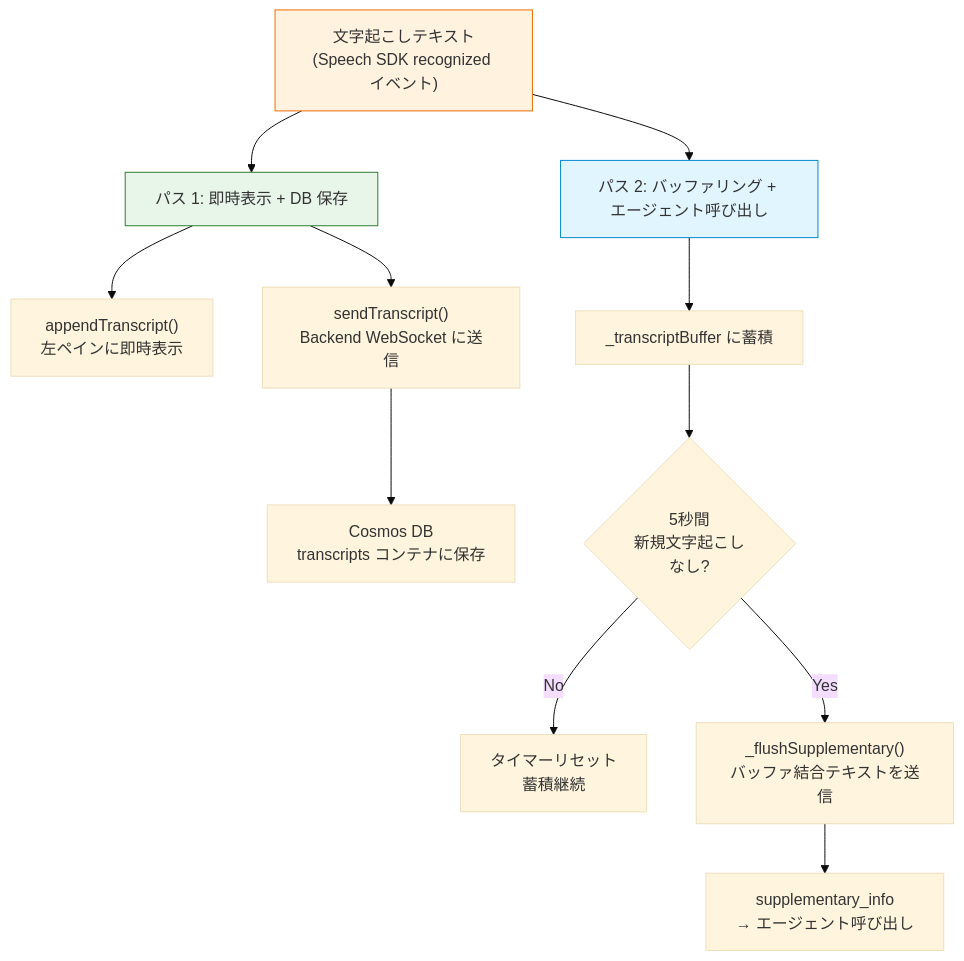
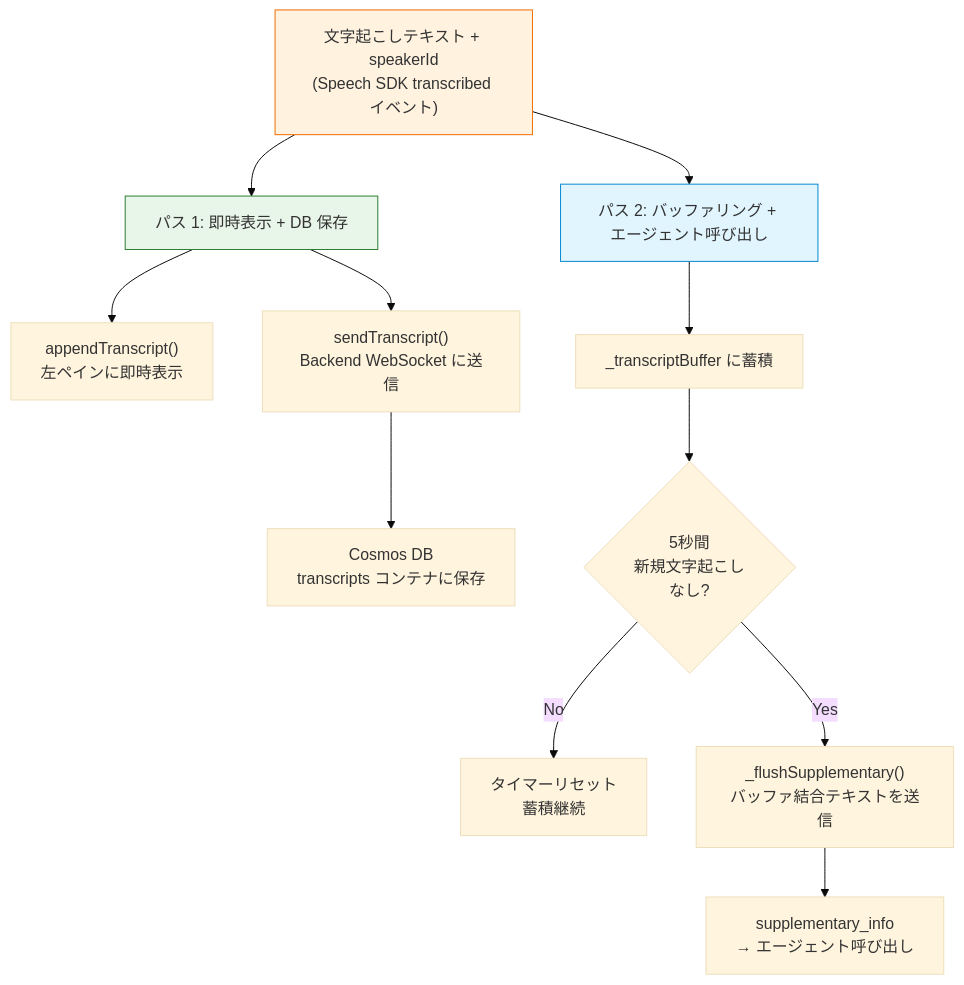
Before and after one commit to hatasaki/Interview-Assistant-AI: diagram 16 of 22 in spec/architecture.md, drawn with Mermaid (base theme). The commit also changed other lines of this file and 10 other files, not shown here.

````diff
--- a/spec/architecture.md
+++ b/spec/architecture.md
@@ -743,21 +778,21 @@
 ```mermaid
 flowchart TD
-    TRANSCRIPT["文字起こしテキスト<br/>(Speech SDK recognized イベント)"]
+    TRANSCRIPT["文字起こしテキスト + speakerId<br/>(Speech SDK transcribed イベント)"]
 
     TRANSCRIPT --> PATH1["パス 1: 即時表示 + DB 保存"]
     TRANSCRIPT --> PATH2["パス 2: バッファリング + エージェント呼び出し"]
 
     PATH1 --> UI["appendTranscript()<br/>左ペインに即時表示"]
     PATH1 --> WS_SEND["sendTranscript()<br/>Backend WebSocket に送信"]
     WS_SEND --> DB_SAVE["Cosmos DB<br/>transcripts コンテナに保存"]
 
     PATH2 --> BUF["_transcriptBuffer に蓄積"]
     BUF --> TIMER{"5秒間<br/>新規文字起こし<br/>なし?"}
     TIMER -->|No| BUF_WAIT["タイマーリセット<br/>蓄積継続"]
     TIMER -->|Yes| FLUSH["_flushSupplementary()<br/>バッファ結合テキストを送信"]
     FLUSH --> AGENT["supplementary_info<br/>→ エージェント呼び出し"]
 
     style TRANSCRIPT fill:#fff3e0,stroke:#ef6c00
     style PATH1 fill:#e8f5e9,stroke:#2e7d32
     style PATH2 fill:#e1f5fe,stroke:#0288d1
 ```
````
